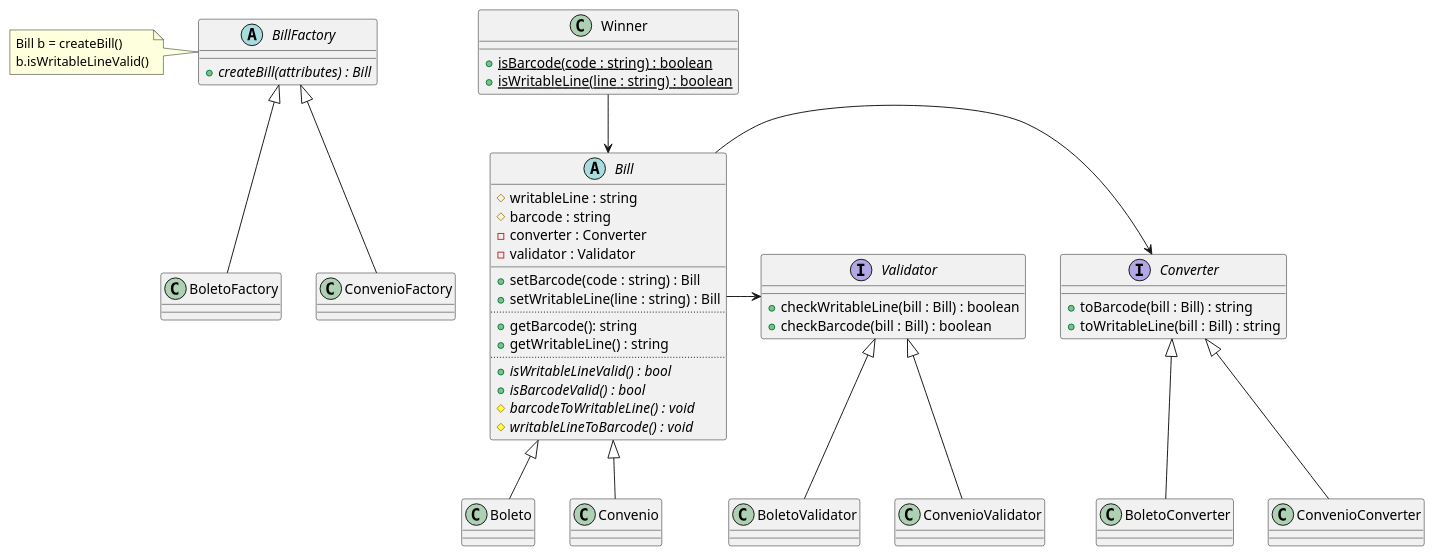
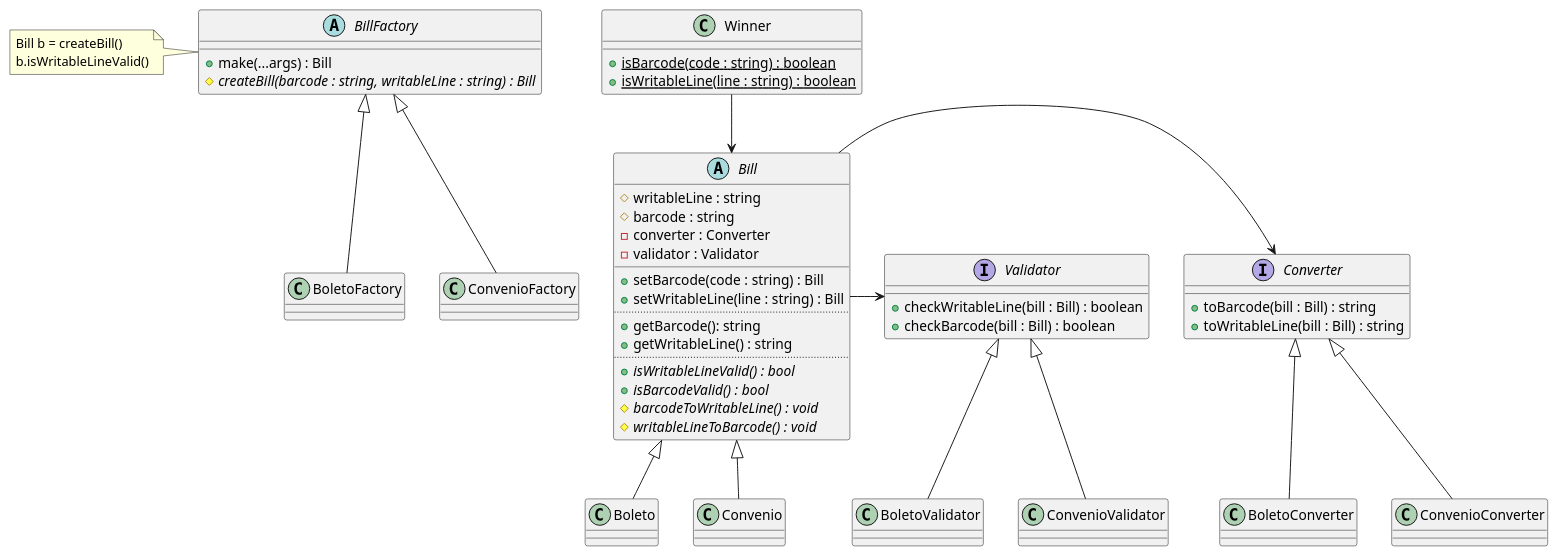
One commit to claudsonm/boleto-winner changed the diagram in resources/diagrams/class_diagram.puml. Above: the diagram before and after it, drawn with PlantUML.

Commit message:
Adicionado item no diagrama

```diff
--- a/resources/diagrams/class_diagram.puml
+++ b/resources/diagrams/class_diagram.puml
@@ -1,58 +1,59 @@
 @startuml
 abstract BillFactory {
-    + {abstract} createBill(attributes) : Bill
+    + make(...args) : Bill
+    # {abstract} createBill(barcode : string, writableLine : string) : Bill
 }
 
 note left of BillFactory : Bill b = createBill()\nb.isWritableLineValid()
 
 class Winner {
     + {static} isBarcode(code : string) : boolean
     + {static} isWritableLine(line : string) : boolean
 }
 
 interface Converter {
     + toBarcode(bill : Bill) : string
     + toWritableLine(bill : Bill) : string
 }
 
 interface Validator {
     + checkWritableLine(bill : Bill) : boolean
     + checkBarcode(bill : Bill) : boolean
 }
 
 abstract Bill {
     # writableLine : string
     # barcode : string
     - converter : Converter
     - validator : Validator
     __
     + setBarcode(code : string) : Bill
     + setWritableLine(line : string) : Bill
     ..
     + getBarcode(): string
     + getWritableLine() : string
     ..
     + {abstract} isWritableLineValid() : bool
     + {abstract} isBarcodeValid() : bool
     # {abstract} barcodeToWritableLine() : void
     # {abstract} writableLineToBarcode() : void
 }
 
 Winner --> Bill
 
 BillFactory <|-- BoletoFactory
 BillFactory <|-- ConvenioFactory
 
 Bill <|-- Boleto
 Bill <|-- Convenio
 
 Bill -> Converter
 Bill -> Validator
 
 Converter <|-- BoletoConverter
 Converter <|-- ConvenioConverter
 
 Validator <|-- BoletoValidator
 Validator <|-- ConvenioValidator
 
 @enduml
```
